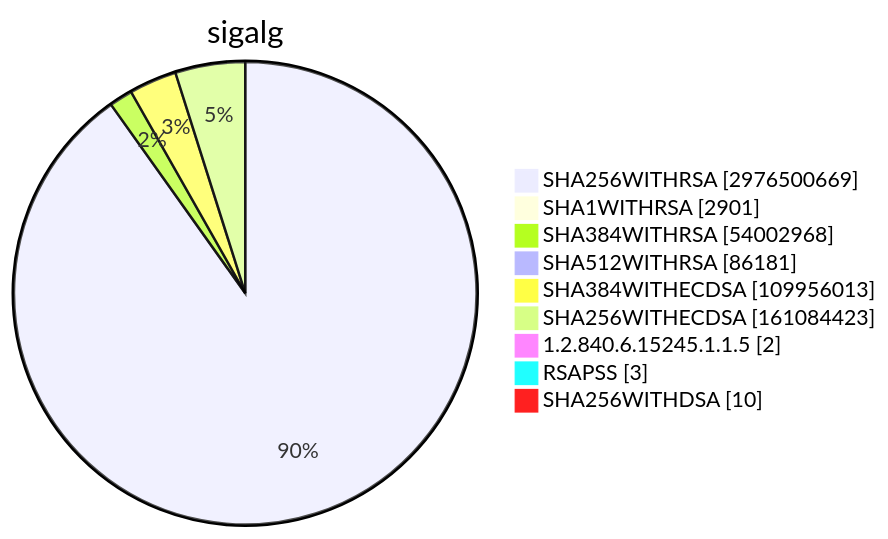
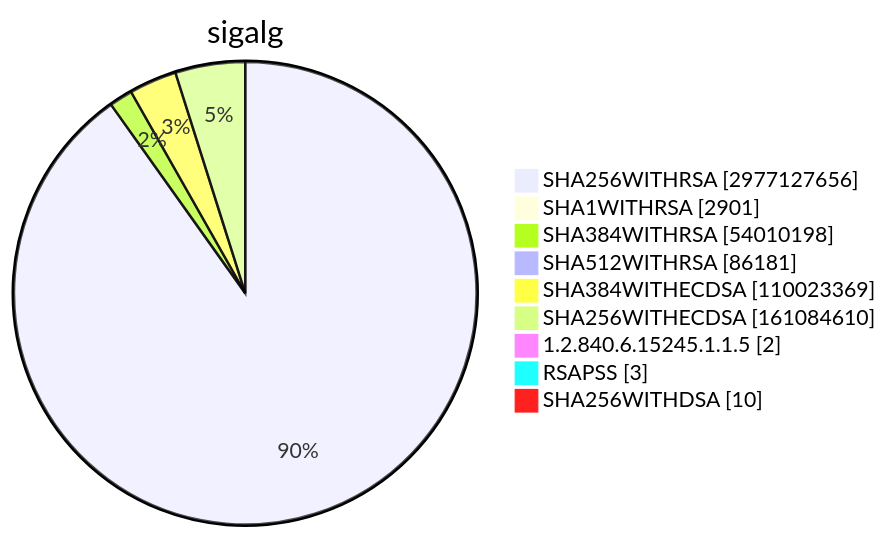
One commit to christiankrug/ctmonitor_visualization changed diagram 15 of 15 in TOTAL/README.md. Above: the diagram before and after it, drawn with Mermaid. The commit also changed other lines of this file, not shown here.

````diff
--- a/TOTAL/README.md
+++ b/TOTAL/README.md
@@ -6208,13 +6208,13 @@
 ```mermaid
 pie showData
 title sigalg
-"SHA256WITHRSA" :2976500669
+"SHA256WITHRSA" :2977127656
 "SHA1WITHRSA" :2901
-"SHA384WITHRSA" :54002968
+"SHA384WITHRSA" :54010198
 "SHA512WITHRSA" :86181
-"SHA384WITHECDSA" :109956013
-"SHA256WITHECDSA" :161084423
+"SHA384WITHECDSA" :110023369
+"SHA256WITHECDSA" :161084610
 "1.2.840.6.15245.1.1.5" :2
 "RSAPSS" :3
 "SHA256WITHDSA" :10
 ```
````
